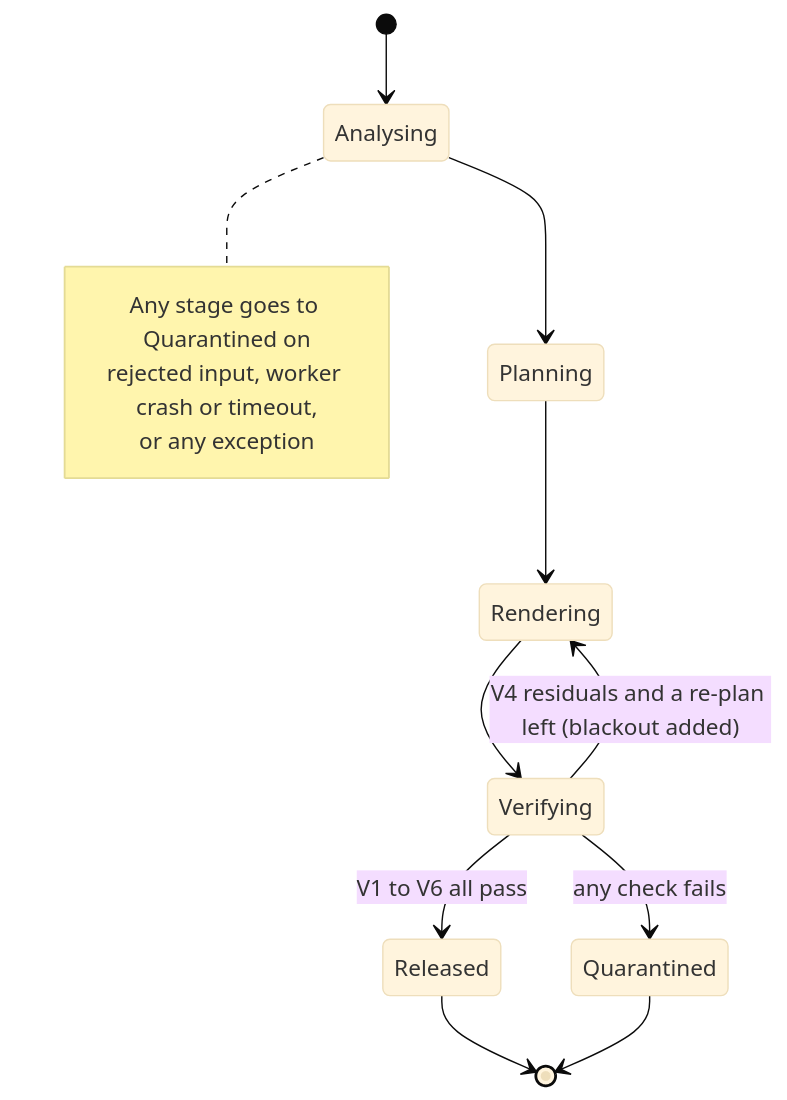
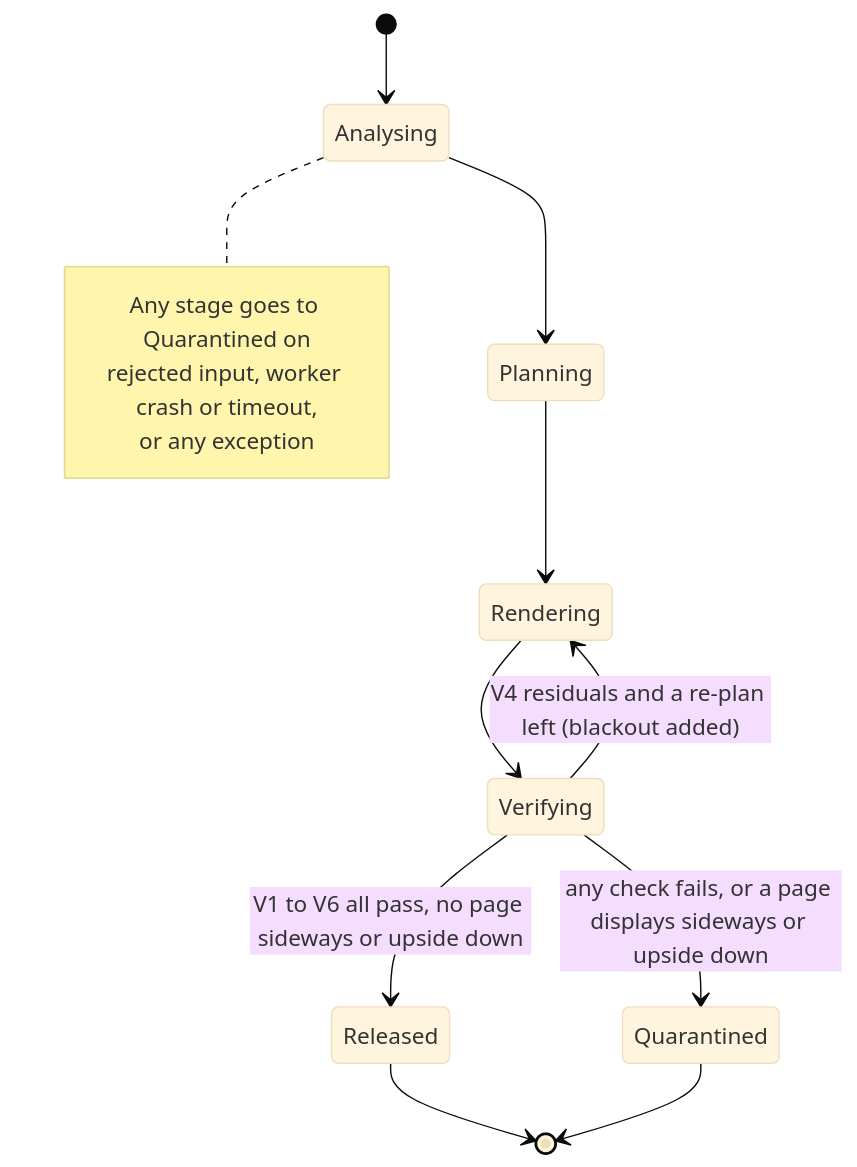
Before and after one commit to anshdeshwal31/redaction_tool_from_scratch_2: the eighth of 12 diagrams in backend/ARCHITECTURE.md, drawn with Mermaid (base theme). The commit also changed other lines of this file and 2 other files, not shown here.

First line of the commit message:
docs: record the sideways-page hold as a known limit

````diff
--- a/backend/ARCHITECTURE.md
+++ b/backend/ARCHITECTURE.md
@@ -339,17 +347,17 @@
 ```mermaid
 stateDiagram-v2
   [*] --> Analysing
   Analysing --> Planning
   Planning --> Rendering
   Rendering --> Verifying
   Verifying --> Rendering: V4 residuals and a re-plan left (blackout added)
-  Verifying --> Released: V1 to V6 all pass
-  Verifying --> Quarantined: any check fails
+  Verifying --> Released: V1 to V6 all pass, no page sideways or upside down
+  Verifying --> Quarantined: any check fails, or a page displays sideways or upside down
   Released --> [*]
   Quarantined --> [*]
   note right of Analysing
     Any stage goes to Quarantined on
     rejected input, worker crash or timeout,
     or any exception
   end note
 ```
````
